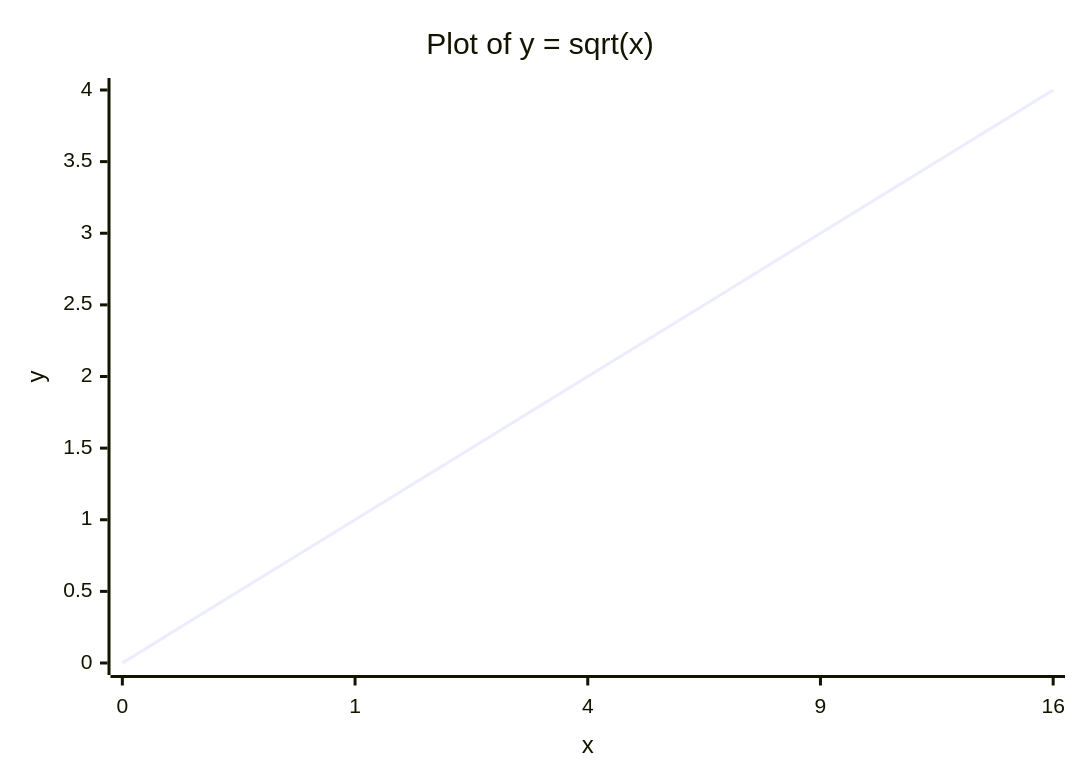
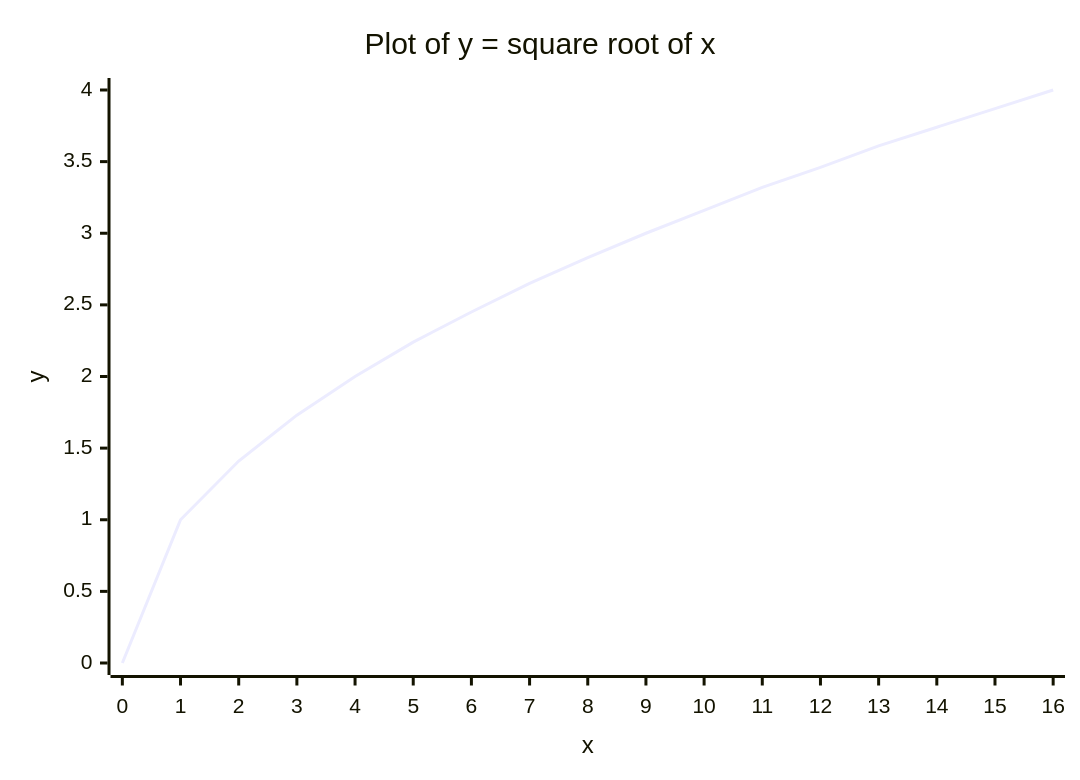
The diagram in README.md (wayne-whitley/simple-initial-repository), drawn with Mermaid before and after one commit.

````diff
--- a/README.md
+++ b/README.md
@@ -7,7 +7,7 @@
 ```mermaid
 xychart-beta
-    title "Plot of y = sqrt(x)"
-    x-axis "x" [0, 1, 4, 9, 16]
+    title "Plot of y = square root of x"
+    x-axis "x" [0, 1, 2, 3, 4, 5, 6, 7, 8, 9, 10, 11, 12, 13, 14, 15, 16]
     y-axis "y" 0 --> 4
-    line [0, 1, 2, 3, 4]
+    line [0.0, 1.0, 1.41, 1.73, 2.0, 2.24, 2.45, 2.65, 2.83, 3.0, 3.16, 3.32, 3.46, 3.61, 3.74, 3.87, 4.0]
 ```
````
